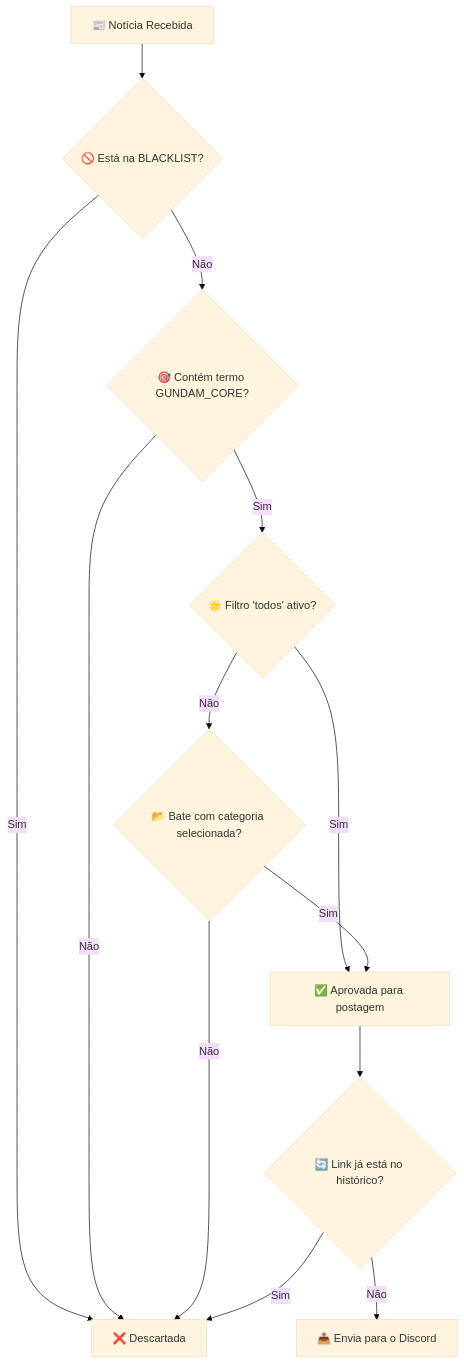
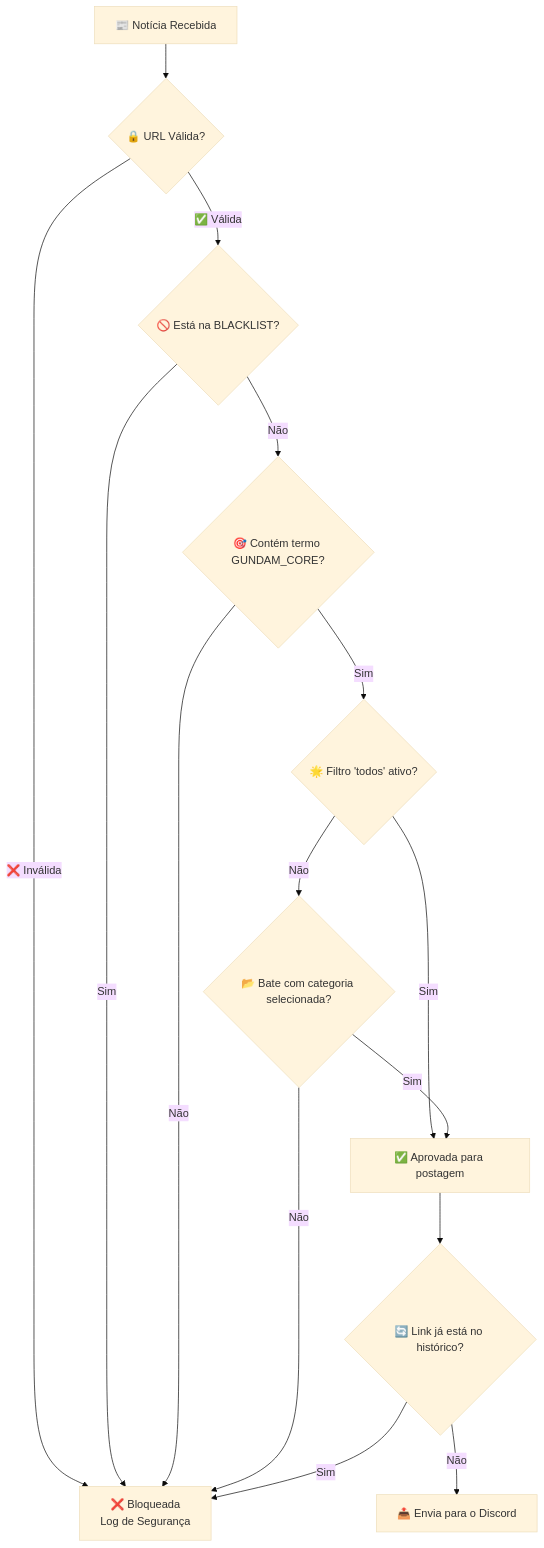
Before and after one commit to carmipa/gundam-news-discord: the fifth of 5 diagrams in README.md, drawn with Mermaid (base theme). The commit also changed other lines of this file and 21 other files, not shown here.

````diff
--- a/README.md
+++ b/README.md
@@ -306,15 +429,17 @@
 ```mermaid
 flowchart TD
-    A["📰 Notícia Recebida"] --> B{"🚫 Está na BLACKLIST?"}
-    B -->|Sim| C["❌ Descartada"]
-    B -->|Não| D{"🎯 Contém termo GUNDAM_CORE?"}
-    D -->|Não| C
-    D -->|Sim| E{"🌟 Filtro 'todos' ativo?"}
-    E -->|Sim| F["✅ Aprovada para postagem"]
-    E -->|Não| G{"📂 Bate com categoria selecionada?"}
-    G -->|Sim| F
-    G -->|Não| C
-    F --> H{"🔄 Link já está no histórico?"}
-    H -->|Sim| C
-    H -->|Não| I["📤 Envia para o Discord"]
+    A["📰 Notícia Recebida"] --> B{"🔒 URL Válida?"}
+    B -->|"❌ Inválida"| C["❌ Bloqueada<br/>Log de Segurança"]
+    B -->|"✅ Válida"| D{"🚫 Está na BLACKLIST?"}
+    D -->|Sim| C
+    D -->|Não| E{"🎯 Contém termo GUNDAM_CORE?"}
+    E -->|Não| C
+    E -->|Sim| F{"🌟 Filtro 'todos' ativo?"}
+    F -->|Sim| G["✅ Aprovada para postagem"]
+    F -->|Não| H{"📂 Bate com categoria selecionada?"}
+    H -->|Sim| G
+    H -->|Não| C
+    G --> I{"🔄 Link já está no histórico?"}
+    I -->|Sim| C
+    I -->|Não| J["📤 Envia para o Discord"]
 ```
````
